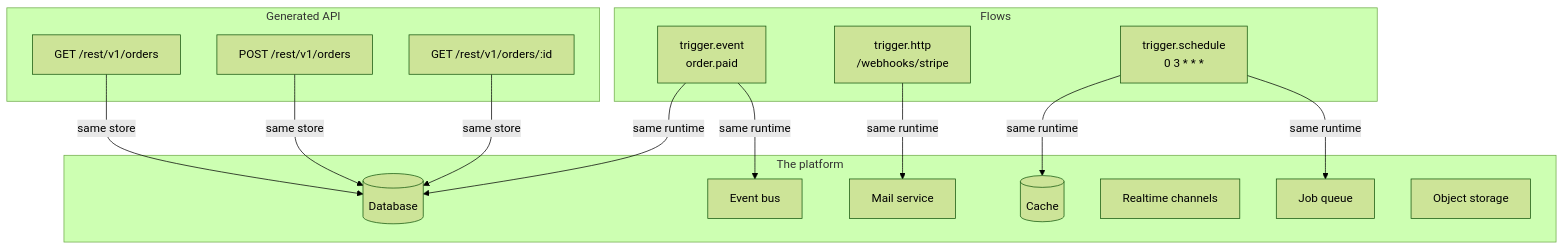
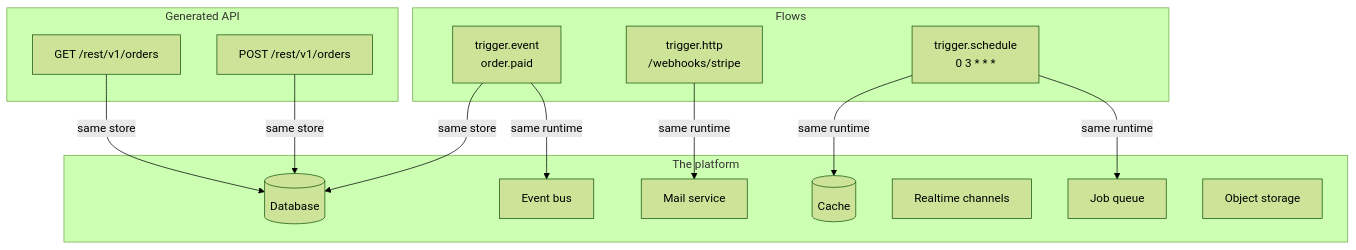
The second of 6 diagrams in apps/docs/flows/overview.mdx (sillohq/pawabase), drawn with Mermaid (forest theme) before and after one commit. The commit also changed other lines of this file and 128 other files, not shown here.

````diff
--- a/apps/docs/flows/overview.mdx
+++ b/apps/docs/flows/overview.mdx
@@ -31,30 +96,28 @@
 ```mermaid
 flowchart TB
   subgraph "The platform"
     DB[(Database)]
     CACHE[(Cache)]
     EVENTS[Event bus]
     QUEUE[Job queue]
     REALTIME[Realtime channels]
     MAIL[Mail service]
     STORAGE[Object storage]
   end
   subgraph "Generated API"
     R1["GET /rest/v1/orders"]
     R2["POST /rest/v1/orders"]
-    R3["GET /rest/v1/orders/:id"]
   end
   subgraph "Flows"
     F1["trigger.event<br/>order.paid"]
     F2["trigger.http<br/>/webhooks/stripe"]
     F3["trigger.schedule<br/>0 3 * * *"]
   end
   R1 -->|same store| DB
   R2 -->|same store| DB
-  R3 -->|same store| DB
-  F1 -->|same runtime| DB
+  F1 -->|same store| DB
   F1 -->|same runtime| EVENTS
   F2 -->|same runtime| MAIL
   F3 -->|same runtime| CACHE
   F3 -->|same runtime| QUEUE
 ```
````
